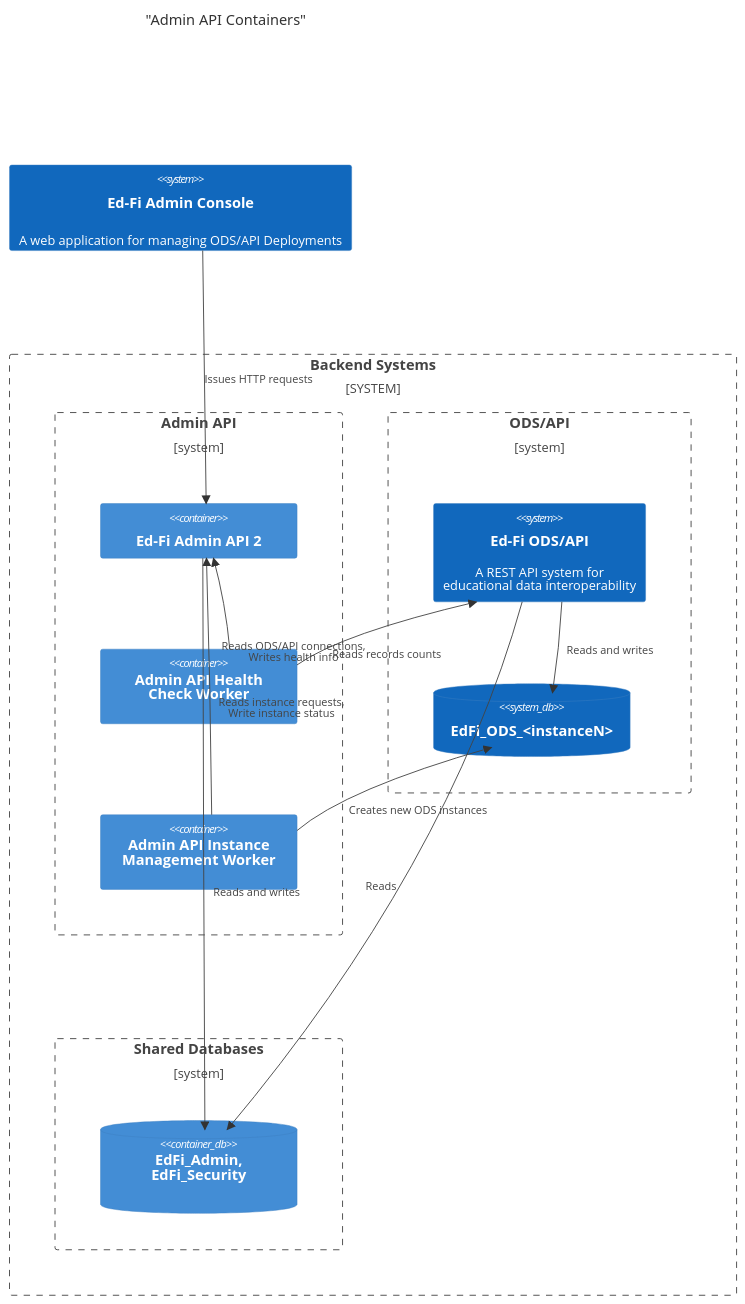
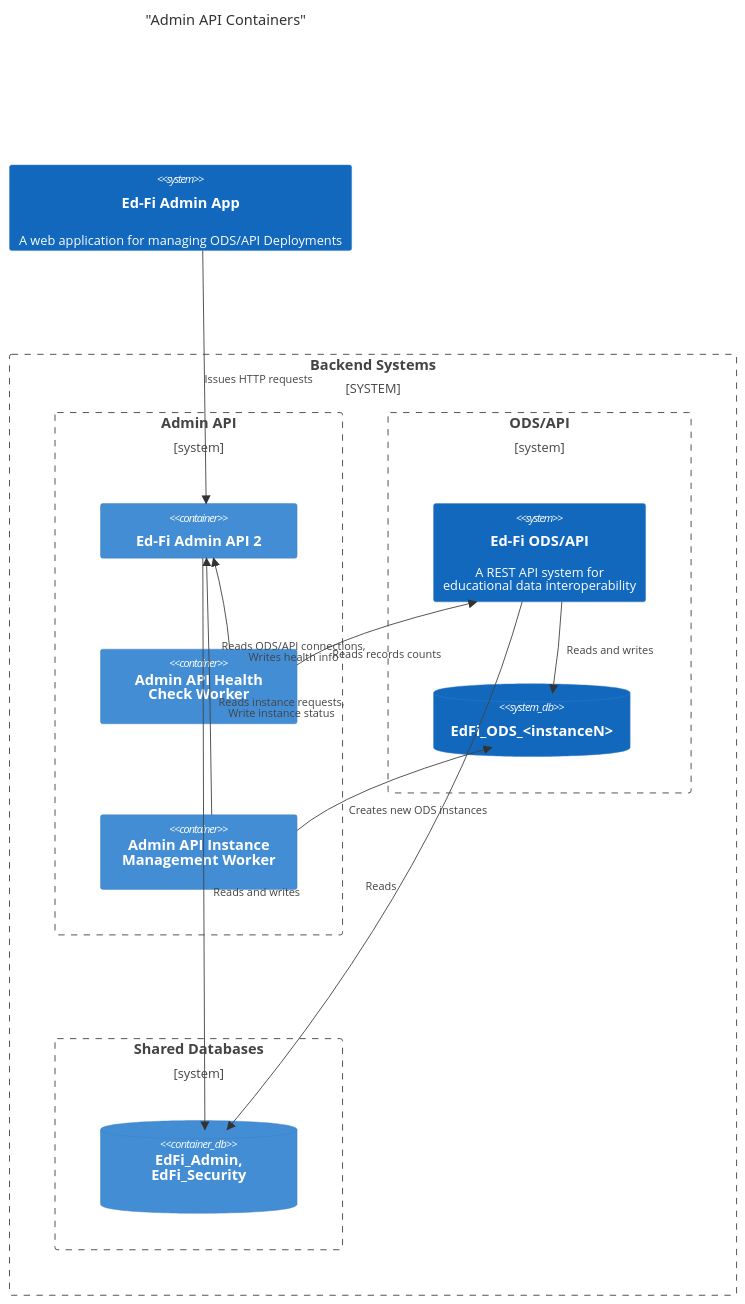
Before and after one commit to Ed-Fi-Alliance-OSS/AdminAPI-2.x: the second of 2 diagrams in docs/design/adminconsole/readme.md, drawn with Mermaid. The commit also changed other lines of this file and 1 other file, not shown here.

````diff
--- a/docs/design/adminconsole/readme.md
+++ b/docs/design/adminconsole/readme.md
@@ -77,49 +77,49 @@
 ```mermaid
 C4Container
     title "Admin API Containers"
 
-    System(AdminConsole, "Ed-Fi Admin Console", "A web application for managing ODS/API Deployments")
+    System(AdminConsole, "Ed-Fi Admin App", "A web application for managing ODS/API Deployments")
 
     System_Boundary(backend, "Backend Systems") {
 
         Boundary(b0, "Admin API") {
             Container(AdminAPI, "Ed-Fi Admin API 2")
             Container(HealthCheck, "Admin API Health<br />Check Worker")
             Container(Instance, "Admin API Instance<br />Management Worker")
         }
 
         Boundary(b1, "ODS/API") {
             System(OdsApi, "Ed-Fi ODS/API", "A REST API system for<br />educational data interoperability")
             SystemDb(ods3, "EdFi_ODS_<instanceN>")
         }
 
         Boundary(b2, "Shared Databases") {
             ContainerDb(Admin, "EdFi_Admin,<br />EdFi_Security")
         }
     }
     
     Rel(AdminConsole, AdminAPI, "Issues HTTP requests")
 
     Rel(HealthCheck, AdminAPI, "Reads ODS/API connections,<br />Writes health info")
     UpdateRelStyle(HealthCheck, AdminAPI, $offsetY="50")
 
     Rel(HealthCheck, OdsApi, "Reads records counts")
     UpdateRelStyle(HealthCheck, OdsApi, $offsetX="-60", $offsetY="20")
 
     Rel(Instance, AdminAPI, "Reads instance requests,<br />Write instance status")
     UpdateRelStyle(Instance, AdminAPI, $offsetY="20", $offsetX="10")
 
     Rel(Instance, ods3, "Creates new ODS instances")
     UpdateRelStyle(Instance, ods3, $offsetY="20", $offsetX="-50")
 
     Rel(OdsApi, ods3, "Reads and writes")
     UpdateRelStyle(OdsApi, ods3, $offsetX="10")
     
     Rel(AdminAPI, Admin, "Reads and writes")
     UpdateRelStyle(AdminAPI, Admin, $offsetY="50", $offsetX="10")
 
     Rel(OdsApi, Admin, "Reads")
     UpdateRelStyle(OdsApi, Admin, $offsetY="20", $offsetX="-10")
 
     UpdateLayoutConfig($c4ShapeInRow="2", $c4BoundaryInRow="2")
 ```
````
